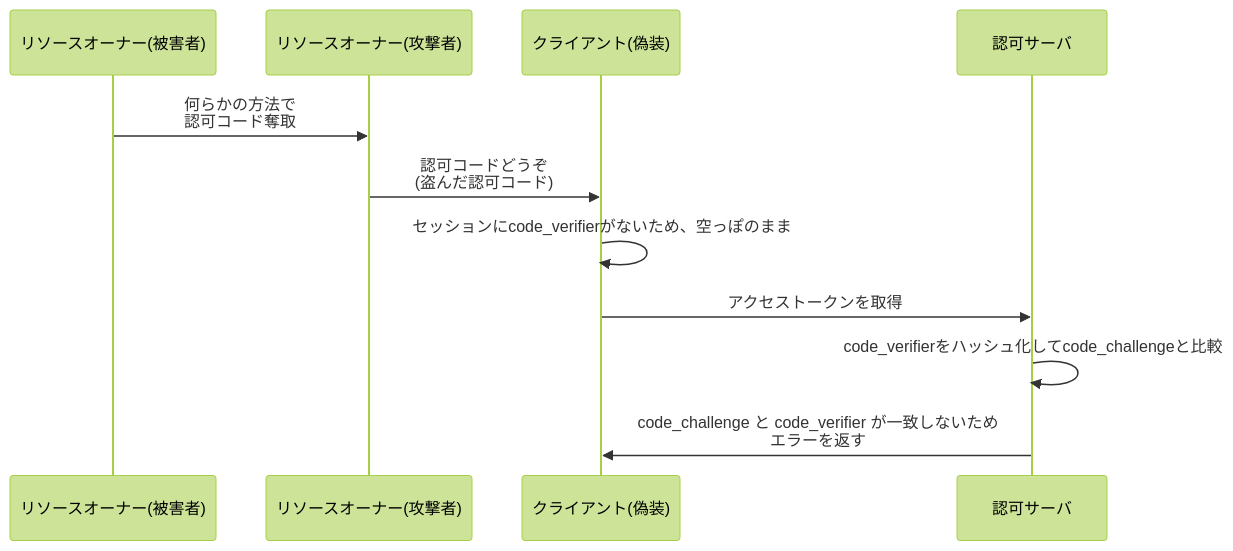
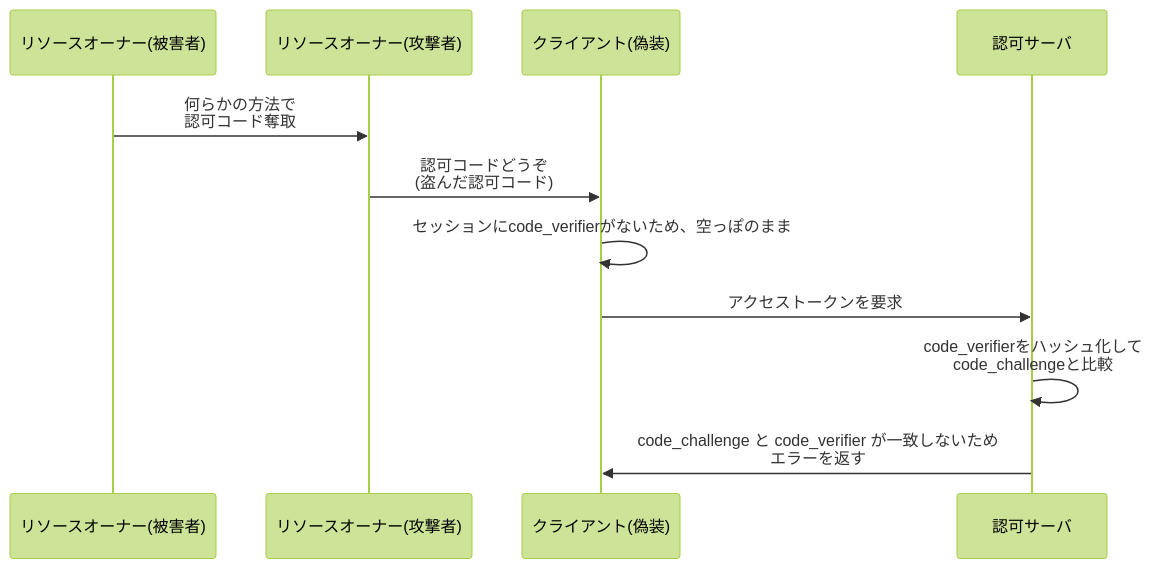
One commit to calloc134/zenn-dir changed the tenth of 20 diagrams in articles/5e8da6c491e720.md. Above: the diagram before and after it, drawn with Mermaid (forest theme). The commit also changed other lines of this file, not shown here.

Commit message:
とりあえずpkceのフロー図+気になるところ

````diff
--- a/articles/5e8da6c491e720.md
+++ b/articles/5e8da6c491e720.md
@@ -1042,13 +1042,13 @@
 ```mermaid
 sequenceDiagram
   participant リソースオーナー(被害者)
   participant リソースオーナー(攻撃者)
   participant クライアント(偽装)
   participant 認可サーバ
   リソースオーナー(被害者)->>リソースオーナー(攻撃者): 何らかの方法で<br>認可コード奪取
   リソースオーナー(攻撃者)->>クライアント(偽装): 認可コードどうぞ<br>(盗んだ認可コード)
   クライアント(偽装)->>クライアント(偽装): セッションにcode_verifierがないため、空っぽのまま
-  クライアント(偽装)->>認可サーバ: アクセストークンを取得
-  認可サーバ->>認可サーバ: code_verifierをハッシュ化してcode_challengeと比較
+  クライアント(偽装)->>認可サーバ: アクセストークンを要求
+  認可サーバ->>認可サーバ: code_verifierをハッシュ化して<br>code_challengeと比較
   認可サーバ->>クライアント(偽装): code_challenge と code_verifier が一致しないため<br>エラーを返す
 ```
````
